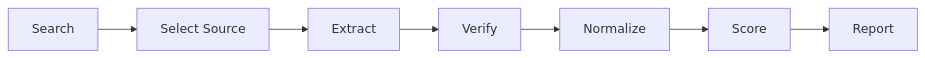
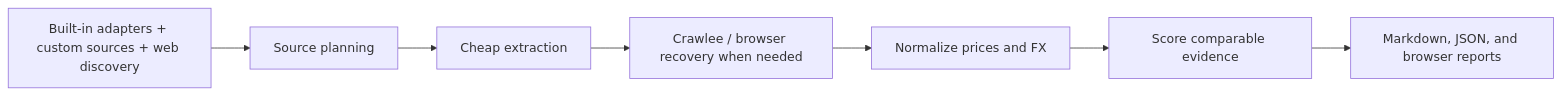
The diagram in README.md (KhazP/artbot), drawn with Mermaid before and after one commit. The commit also changed other lines of this file and 3 other files, not shown here.

Commit message:
Document custom sources and auth capture flows

````diff
--- a/README.md
+++ b/README.md
@@ -35,9 +35,9 @@
 ```mermaid
 graph LR
-  A[Search] --> B[Select Source]
-  B --> C[Extract]
-  C --> D[Verify]
-  D --> E[Normalize]
-  E --> F[Score]
-  F --> G[Report]
+  A["Built-in adapters + custom sources + web discovery"] --> B["Source planning"]
+  B --> C["Cheap extraction"]
+  C --> D["Crawlee / browser recovery when needed"]
+  D --> E["Normalize prices and FX"]
+  E --> F["Score comparable evidence"]
+  F --> G["Markdown, JSON, and browser reports"]
 ```
````
